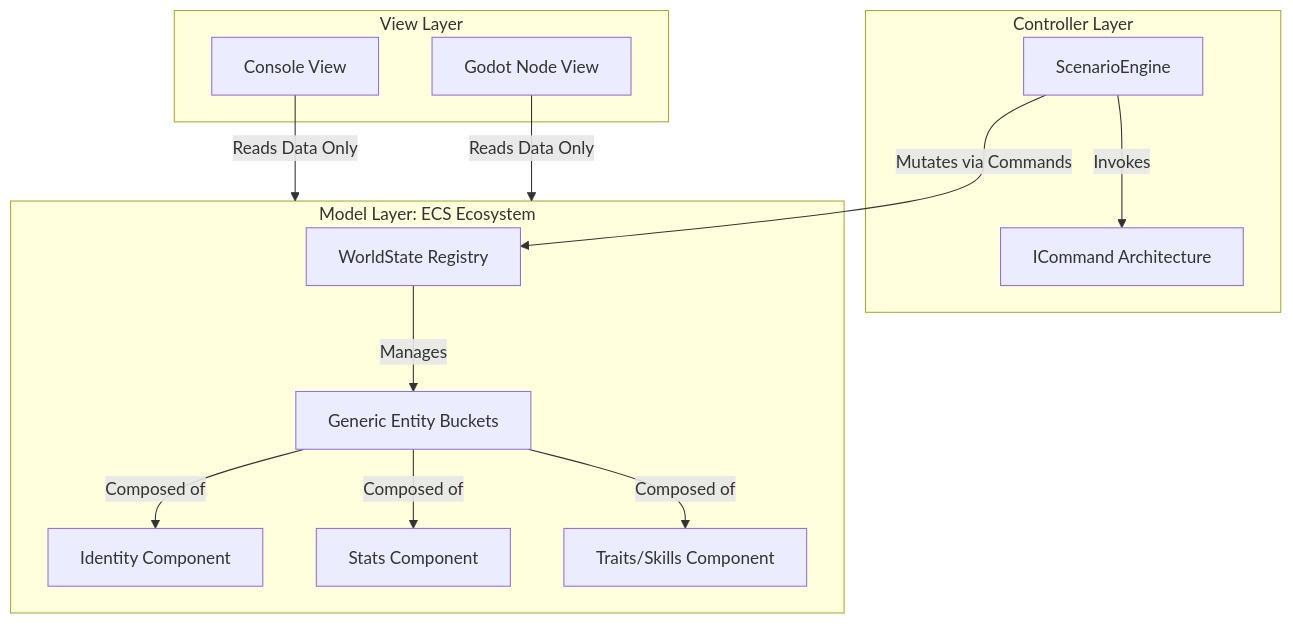
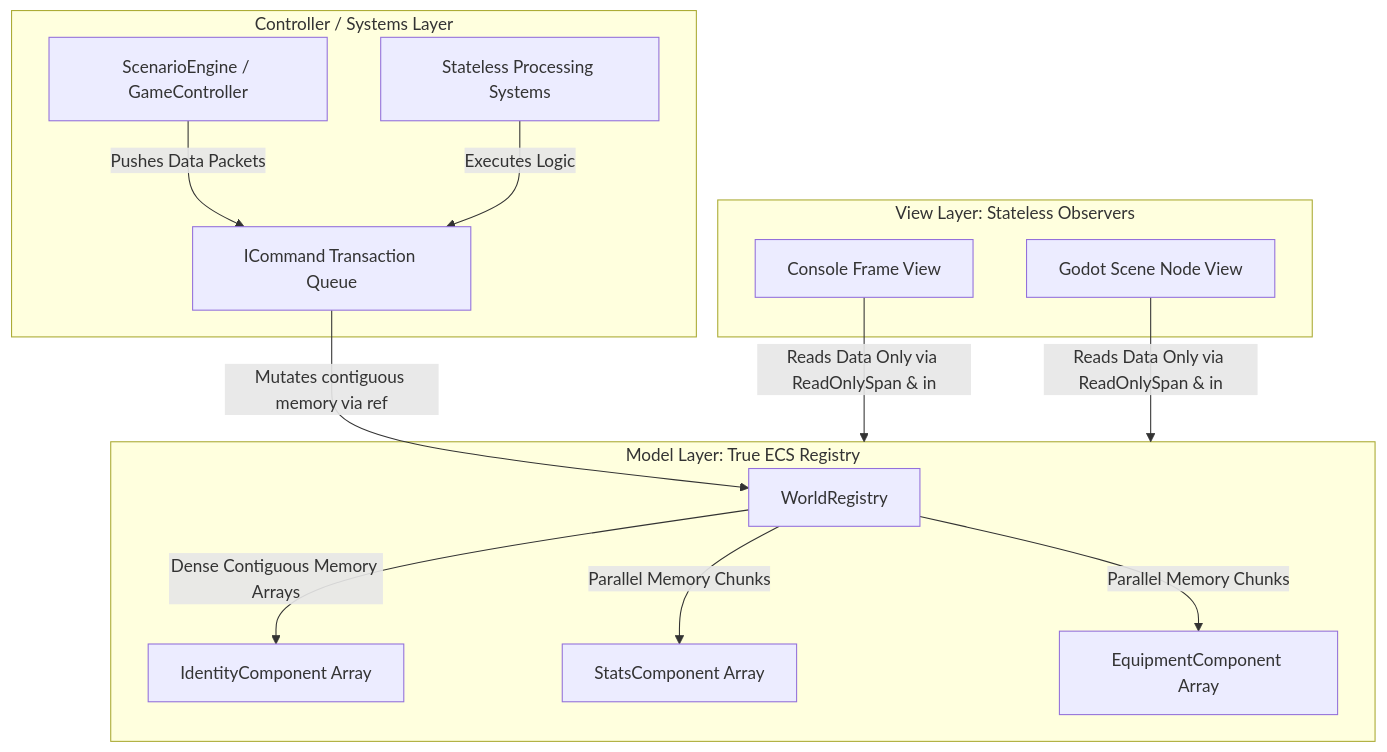
One commit to cheomanigua/csharp-docs changed the first of 3 diagrams in docs/ecs_mvc.md. Above: the diagram before and after it, drawn with Mermaid. The commit also changed other lines of this file and 5 other files, not shown here.

Commit message:
new: ecs, mvc, data_driven files

````diff
--- a/docs/ecs_mvc.md
+++ b/docs/ecs_mvc.md
@@ -7,23 +7,23 @@
 ```mermaid
 graph TD
-    subgraph Controller [Controller Layer]
-        Engine[ScenarioEngine] -->|Invokes| Cmd[ICommand Architecture]
+    subgraph Controller [Controller / Systems Layer]
+        Engine[ScenarioEngine / GameController] -->|Pushes Data Packets| Cmd[ICommand Transaction Queue]
+        Sys[Stateless Processing Systems] -->|Executes Logic| Cmd
     end
 
-    subgraph Model [Model Layer: ECS Ecosystem]
-        World[WorldState Registry] -->|Manages| Ent[Generic Entity Buckets]
-        Ent -->|Composed of| Comp1[Identity Component]
-        Ent -->|Composed of| Comp2[Stats Component]
-        Ent -->|Composed of| Comp3[Traits/Skills Component]
+    subgraph Model [Model Layer: True ECS Registry]
+        World[WorldRegistry] -->|Dense Contiguous Memory Arrays| Comp1[IdentityComponent Array]
+        World -->|Parallel Memory Chunks| Comp2[StatsComponent Array]
+        World -->|Parallel Memory Chunks| Comp3[EquipmentComponent Array]
     end
 
-    subgraph View [View Layer]
-        V1[Console View]
-        V2[Godot Node View]
+    subgraph View [View Layer: Stateless Observers]
+        V1[Console Frame View]
+        V2[Godot Scene Node View]
     end
 
-    Engine -->|Mutates via Commands| World
-    V1 -->|Reads Data Only| Model
-    V2 -->|Reads Data Only| Model
+    Cmd -->|Mutates contiguous memory via ref| World
+    V1 -->|Reads Data Only via ReadOnlySpan & in| Model
+    V2 -->|Reads Data Only via ReadOnlySpan & in| Model
 
 ```
````
